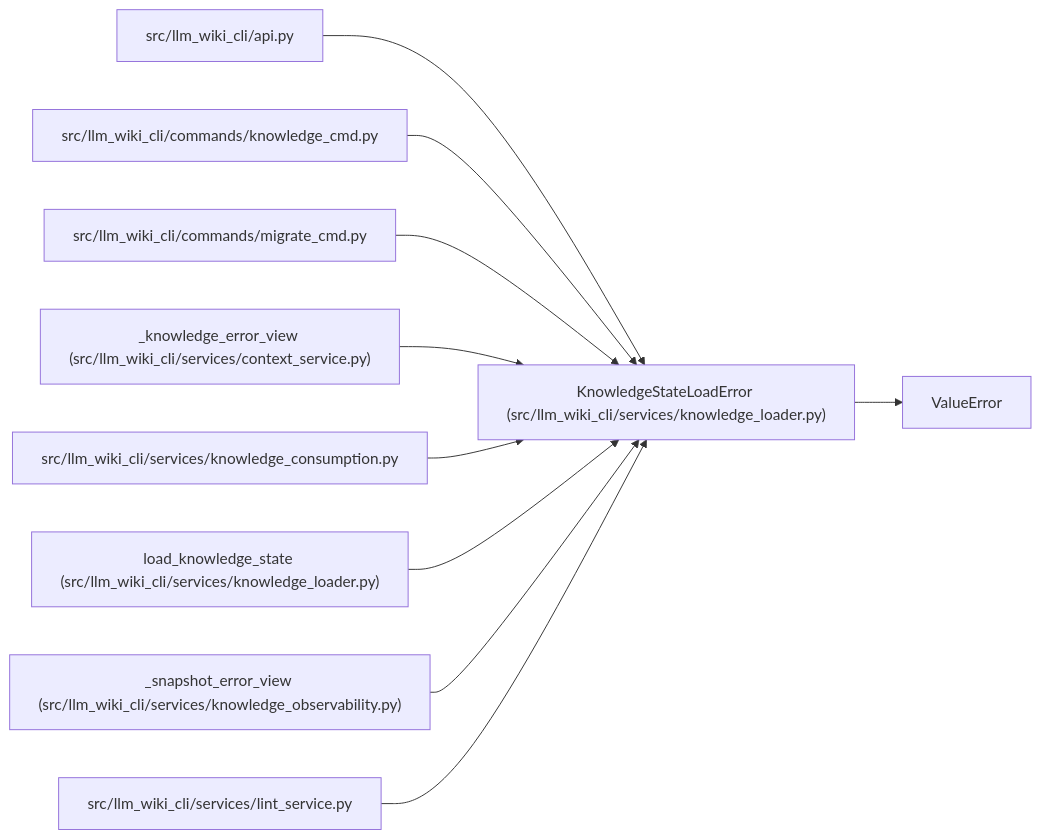
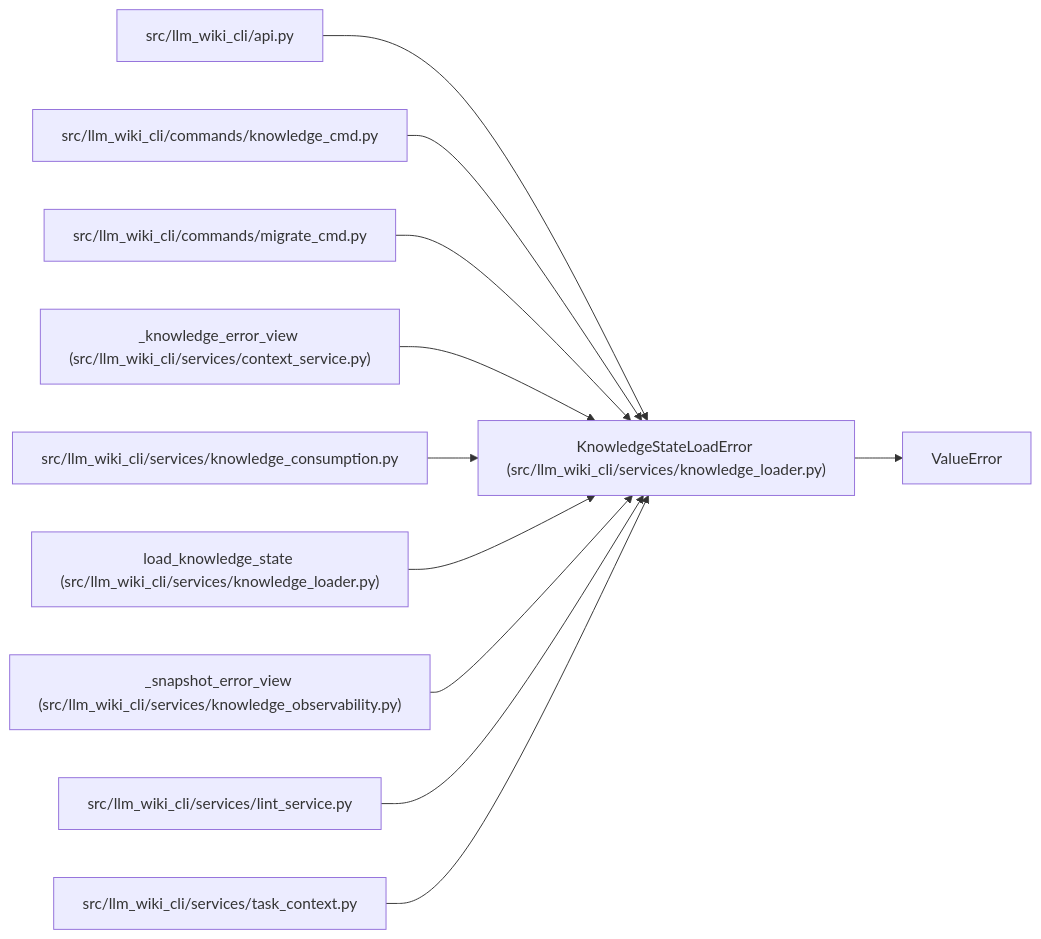
The diagram in docs/llm_wiki/entities/KnowledgeStateLoadError.md (Denissvgn/python-wiki-llm), drawn with Mermaid before and after one commit. The commit also changed other lines of this file and 865 other files, not shown here.

````diff
--- a/docs/llm_wiki/entities/KnowledgeStateLoadError.md
+++ b/docs/llm_wiki/entities/KnowledgeStateLoadError.md
@@ -25,31 +25,34 @@
 ```mermaid
 flowchart LR
     n0["KnowledgeStateLoadError (src/llm_wiki_cli/services/knowledge_loader.py)"]
     n1["ValueError"]
     n2["src/llm_wiki_cli/api.py"]
     n3["src/llm_wiki_cli/commands/knowledge_cmd.py"]
     n4["src/llm_wiki_cli/commands/migrate_cmd.py"]
     n5["_knowledge_error_view (src/llm_wiki_cli/services/context_service.py)"]
     n6["src/llm_wiki_cli/services/knowledge_consumption.py"]
     n7["load_knowledge_state (src/llm_wiki_cli/services/knowledge_loader.py)"]
     n8["_snapshot_error_view (src/llm_wiki_cli/services/knowledge_observability.py)"]
     n9["src/llm_wiki_cli/services/lint_service.py"]
+    n10["src/llm_wiki_cli/services/task_context.py"]
     n0 --> n1
     n2 --> n0
     n3 --> n0
     n4 --> n0
     n5 --> n0
     n6 --> n0
     n7 --> n0
     n8 --> n0
     n9 --> n0
+    n10 --> n0
     click n0 "../modules/knowledge_loader.md"
     click n2 "../modules/api.md"
     click n3 "../modules/knowledge_cmd.md"
     click n4 "../modules/migrate_cmd.md"
     click n5 "../modules/context_service.md"
     click n6 "../modules/knowledge_consumption.md"
     click n7 "../modules/knowledge_loader.md"
     click n8 "../modules/knowledge_observability.md"
     click n9 "../modules/lint_service.md"
+    click n10 "../modules/task_context.md"
 ```
````
